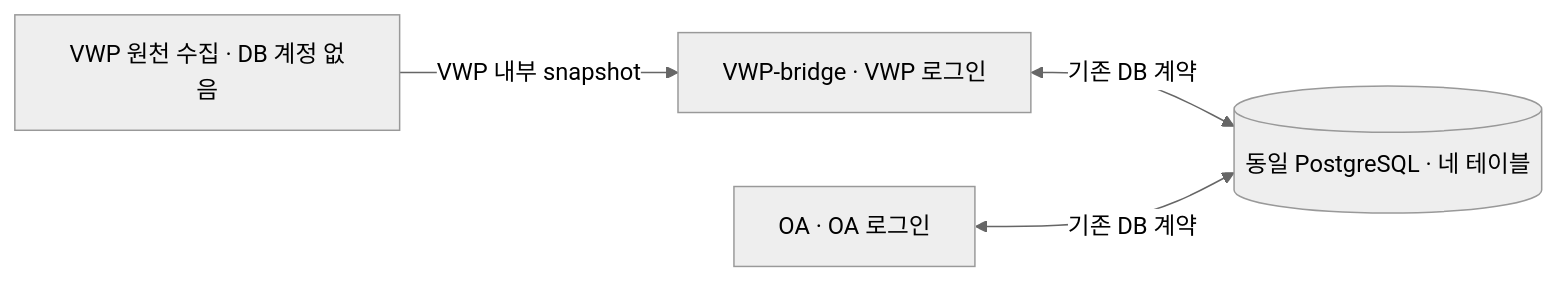
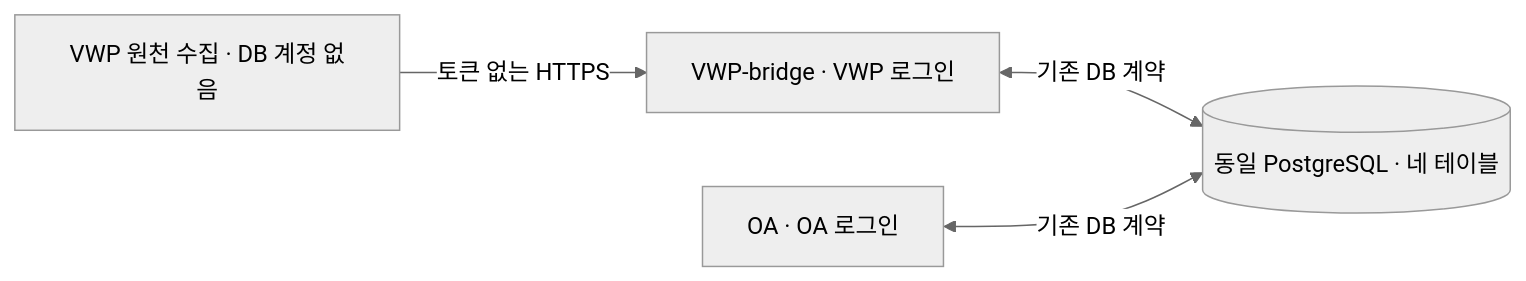
One commit to kyuns-96/sanity_log_parser changed the diagram in db/CONNECTION_HANDOFF.md. Above: the diagram before and after it, drawn with Mermaid (neutral theme). The commit also changed other lines of this file and 5 other files, not shown here.

````diff
--- a/db/CONNECTION_HANDOFF.md
+++ b/db/CONNECTION_HANDOFF.md
@@ -21,6 +23,6 @@
 ```mermaid
 flowchart LR
-    S[VWP 원천 수집 · DB 계정 없음] -->|VWP 내부 snapshot| B[VWP-bridge · VWP 로그인]
+    S[VWP 원천 수집 · DB 계정 없음] -->|토큰 없는 HTTPS| B[VWP-bridge · VWP 로그인]
     B <-->|기존 DB 계약| D[(동일 PostgreSQL · 네 테이블)]
     O[OA · OA 로그인] <-->|기존 DB 계약| D
 ```
````
